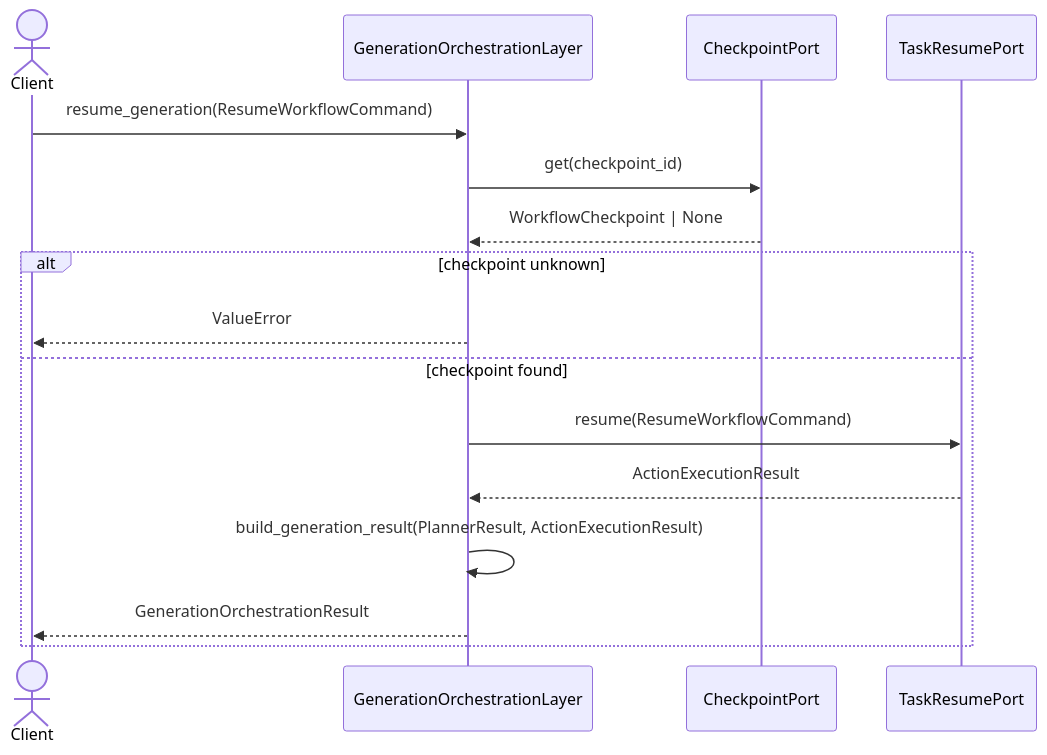
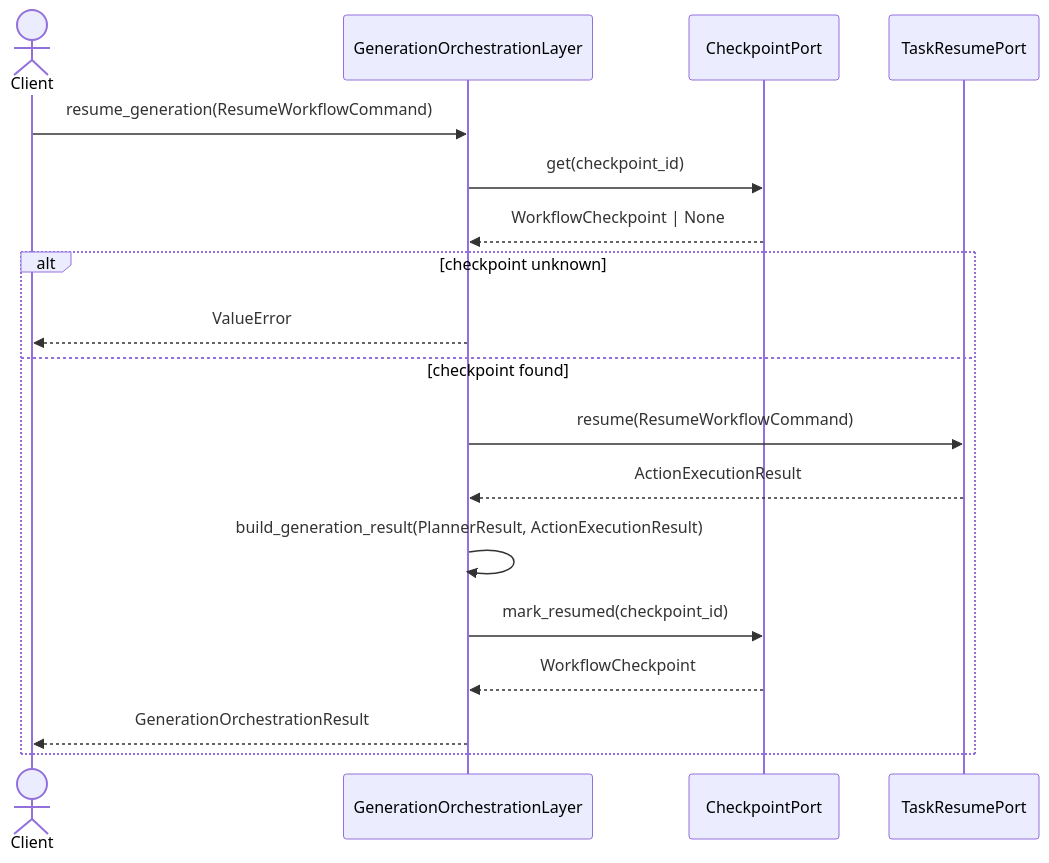
The fourth of 16 diagrams in docs/episodic-podcast-generation-system-design.md (leynos/episodic), drawn with Mermaid before and after one commit. The commit also changed other lines of this file and 11 other files, not shown here.

````diff
--- a/docs/episodic-podcast-generation-system-design.md
+++ b/docs/episodic-podcast-generation-system-design.md
@@ -580,22 +582,24 @@
 ```mermaid
 sequenceDiagram
     actor Client
     participant Orchestrator as GenerationOrchestrationLayer
     participant Checkpoints as CheckpointPort
     participant ResumePort as TaskResumePort
 
     Client->>Orchestrator: resume_generation(ResumeWorkflowCommand)
 
     Orchestrator->>Checkpoints: get(checkpoint_id)
     Checkpoints-->>Orchestrator: WorkflowCheckpoint | None
 
     alt checkpoint unknown
         Orchestrator-->>Client: ValueError
     else checkpoint found
         Orchestrator->>ResumePort: resume(ResumeWorkflowCommand)
         ResumePort-->>Orchestrator: ActionExecutionResult
 
         Orchestrator->>Orchestrator: build_generation_result(PlannerResult, ActionExecutionResult)
+        Orchestrator->>Checkpoints: mark_resumed(checkpoint_id)
+        Checkpoints-->>Orchestrator: WorkflowCheckpoint
         Orchestrator-->>Client: GenerationOrchestrationResult
     end
 ```
````
